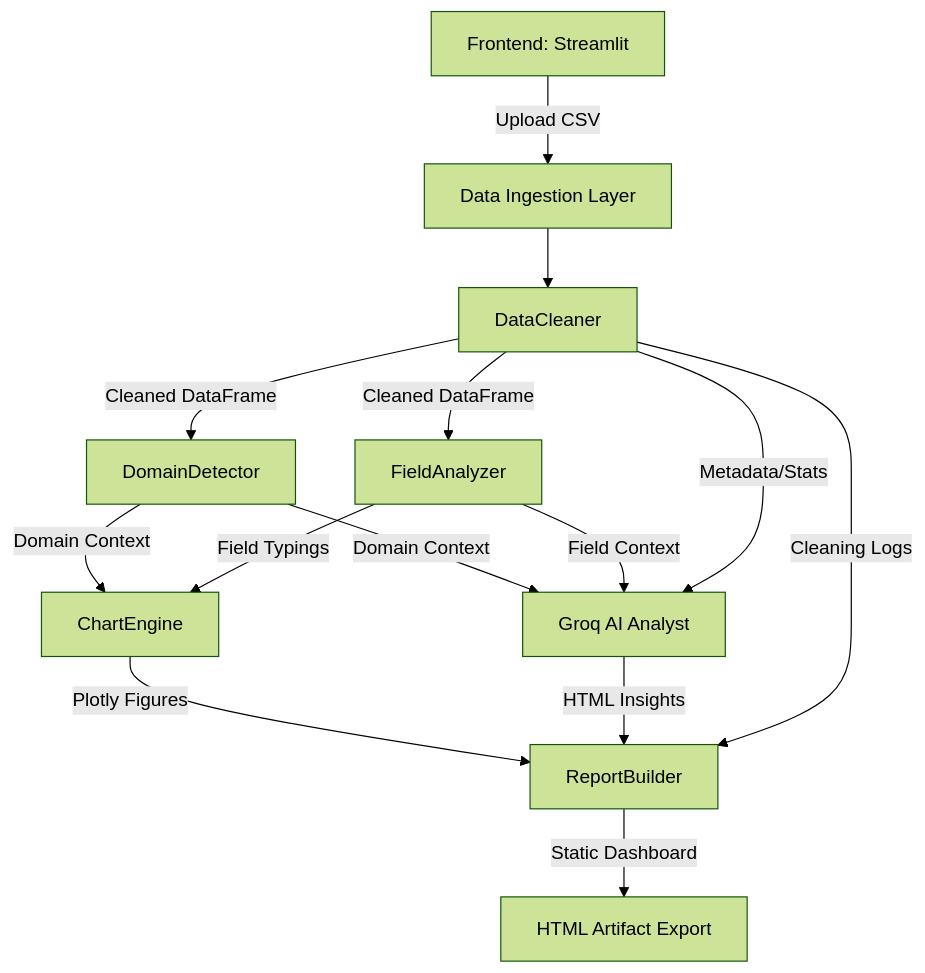
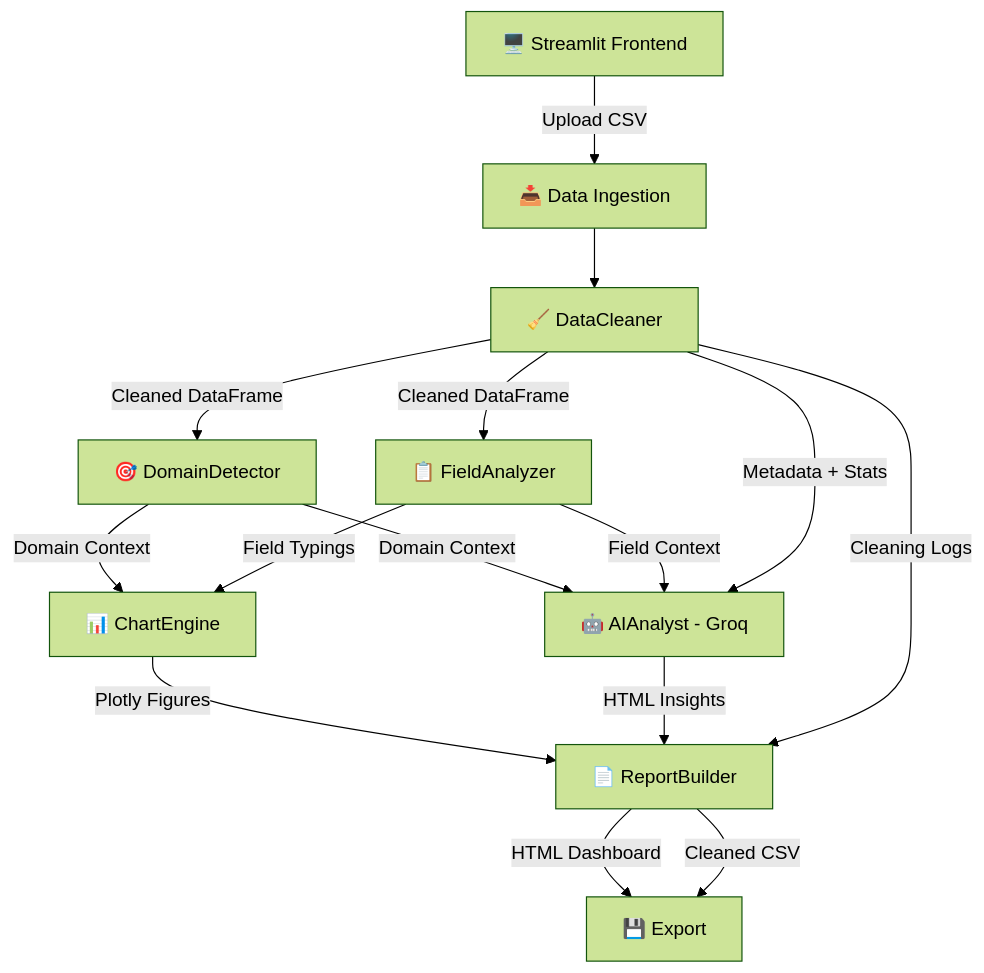
The first of 4 diagrams in README.md (mansi-wagh/Data_Forage), drawn with Mermaid (forest theme) before and after one commit. The commit also changed other lines of this file, not shown here.

````diff
--- a/README.md
+++ b/README.md
@@ -46,20 +133,21 @@
 ```mermaid
 graph TD
-    UI[Frontend: Streamlit] -->|Upload CSV| Ingest[Data Ingestion Layer]
-    Ingest --> Clean[DataCleaner]
-    Clean -->|Cleaned DataFrame| DD[DomainDetector]
-    Clean -->|Cleaned DataFrame| FA[FieldAnalyzer]
-    
-    DD -->|Domain Context| CE[ChartEngine]
-    FA -->|Field Typings| CE
-    
-    DD -->|Domain Context| AI[Groq AI Analyst]
-    FA -->|Field Context| AI
-    Clean -->|Metadata/Stats| AI
-    
-    CE -->|Plotly Figures| RB[ReportBuilder]
-    AI -->|HTML Insights| RB
-    Clean -->|Cleaning Logs| RB
-    
-    RB -->|Static Dashboard| Output[HTML Artifact Export]
+    UI["🖥️ Streamlit Frontend"] -->|Upload CSV| INGEST["📥 Data Ingestion"]
+    INGEST --> CLEAN["🧹 DataCleaner"]
+    CLEAN -->|Cleaned DataFrame| DOMAIN["🎯 DomainDetector"]
+    CLEAN -->|Cleaned DataFrame| FIELD["📋 FieldAnalyzer"]
+
+    DOMAIN -->|Domain Context| CHART["📊 ChartEngine"]
+    FIELD -->|Field Typings| CHART
+
+    DOMAIN -->|Domain Context| AI["🤖 AIAnalyst - Groq"]
+    FIELD -->|Field Context| AI
+    CLEAN -->|Metadata + Stats| AI
+
+    CHART -->|Plotly Figures| REPORT["📄 ReportBuilder"]
+    AI -->|HTML Insights| REPORT
+    CLEAN -->|Cleaning Logs| REPORT
+
+    REPORT -->|HTML Dashboard| EXPORT["💾 Export"]
+    REPORT -->|Cleaned CSV| EXPORT
 ```
````
